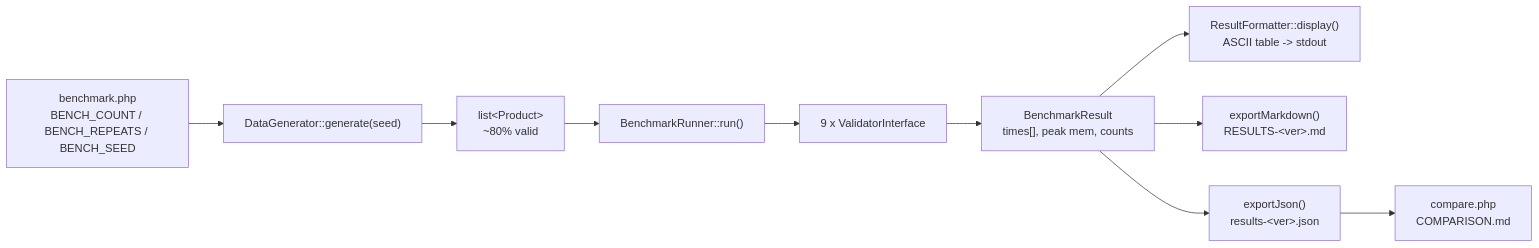
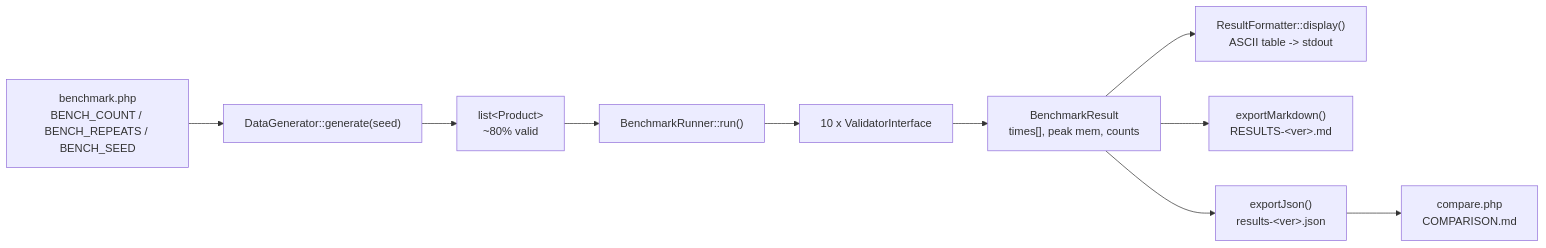
Before and after one commit to sadekd/php-validator-benchmarks: the first of 5 diagrams in README.md, drawn with Mermaid. The commit also changed other lines of this file and 16 other files, not shown here.

````diff
--- a/README.md
+++ b/README.md
@@ -34,12 +34,12 @@
 ```mermaid
 flowchart LR
     A["benchmark.php<br/>BENCH_COUNT / BENCH_REPEATS / BENCH_SEED"] --> B["DataGenerator::generate(seed)"]
     B --> C["list&lt;Product&gt;<br/>~80% valid"]
     C --> D["BenchmarkRunner::run()"]
-    D --> E["9 x ValidatorInterface"]
+    D --> E["10 x ValidatorInterface"]
     E --> F["BenchmarkResult<br/>times[], peak mem, counts"]
     F --> G["ResultFormatter::display()<br/>ASCII table -> stdout"]
     F --> H["exportMarkdown()<br/>RESULTS-&lt;ver&gt;.md"]
     F --> I["exportJson()<br/>results-&lt;ver&gt;.json"]
     I --> J["compare.php<br/>COMPARISON.md"]
 ```
````
